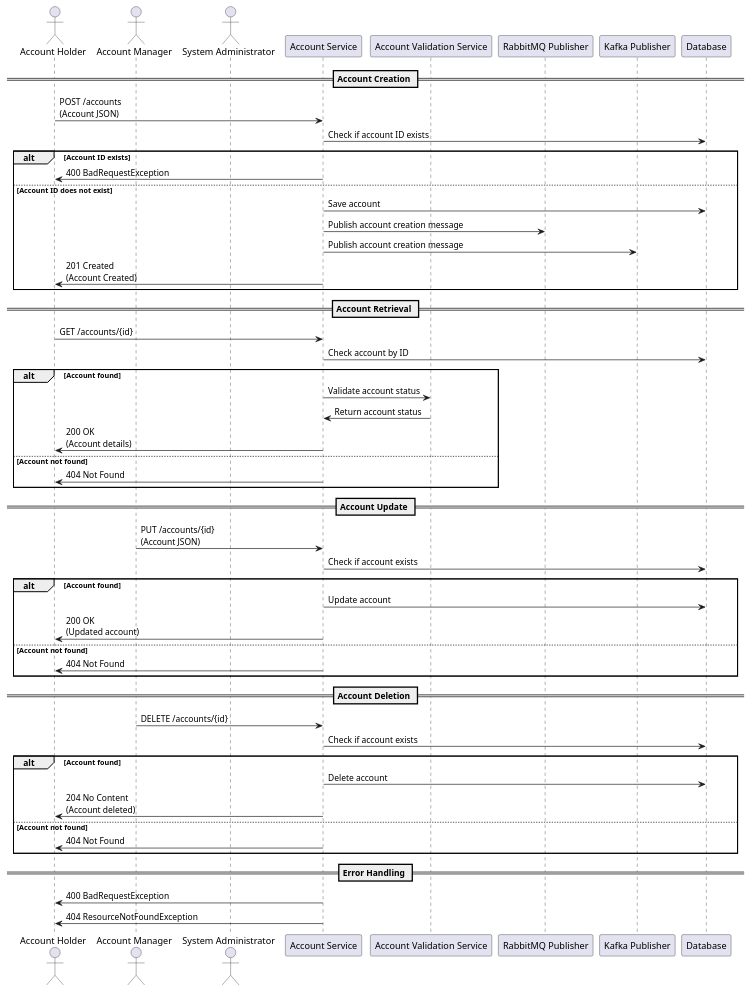
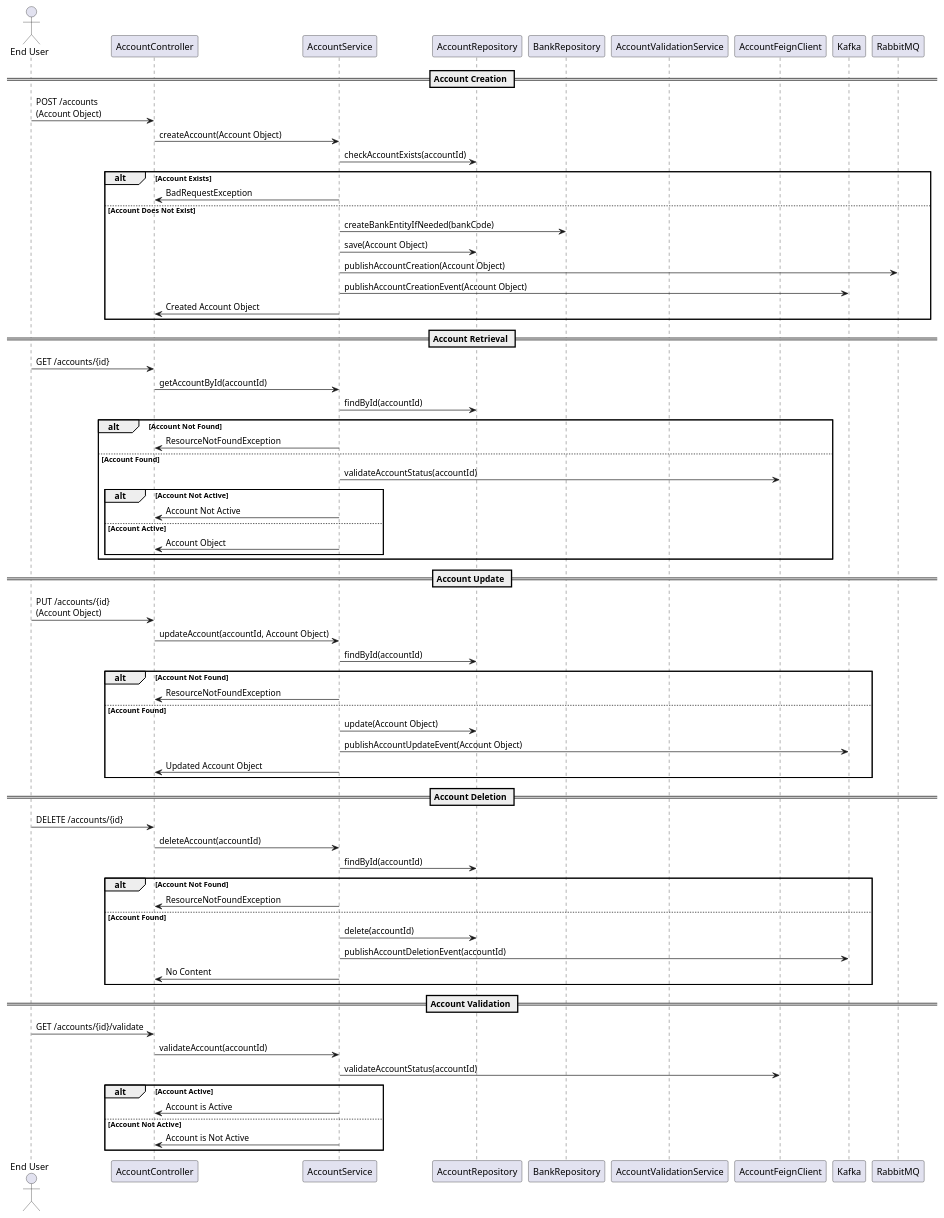
Before and after one commit to Bhaskar-Pavan/AccountService: the diagram in GeneratedDesignDocument/AccountService_Final.md, drawn with PlantUML. The commit also changed other lines of this file, not shown here.

````diff
--- a/GeneratedDesignDocument/AccountService_Final.md
+++ b/GeneratedDesignDocument/AccountService_Final.md
@@ -39,60 +38,77 @@
 ```plantuml
 @startuml
-actor "Account Holder" as AH
-actor "Account Manager" as AM
-actor "System Administrator" as SA
-participant "Account Service" as AS
-participant "Account Validation Service" as AVS
-participant "RabbitMQ Publisher" as RMQ
-participant "Kafka Publisher" as KAFKA
-participant "Database" as DB
+actor "End User" as User
+participant "AccountController" as Controller
+participant "AccountService" as Service
+participant "AccountRepository" as AccountRepo
+participant "BankRepository" as BankRepo
+participant "AccountValidationService" as ValidationService
+participant "AccountFeignClient" as FeignClient
+participant "Kafka" as KafkaPub
+participant "RabbitMQ" as RabbitMQPub
 
 == Account Creation ==
-AH -> AS : POST /accounts\n(Account JSON)
-AS -> DB : Check if account ID exists
-alt Account ID exists
-    AS -> AH : 400 BadRequestException
-else Account ID does not exist
-    AS -> DB : Save account
-    AS -> RMQ : Publish account creation message
-    AS -> KAFKA : Publish account creation message
-    AS -> AH : 201 Created\n(Account Created)
+User -> Controller : POST /accounts\n(Account Object)
+Controller -> Service : createAccount(Account Object)
+Service -> AccountRepo : checkAccountExists(accountId)
+alt Account Exists
+    Service -> Controller : BadRequestException
+else Account Does Not Exist
+    Service -> BankRepo : createBankEntityIfNeeded(bankCode)
+    Service -> AccountRepo : save(Account Object)
+    Service -> RabbitMQPub : publishAccountCreation(Account Object)
+    Service -> KafkaPub : publishAccountCreationEvent(Account Object)
+    Service -> Controller : Created Account Object
 end
 
 == Account Retrieval ==
-AH -> AS : GET /accounts/{id}
-AS -> DB : Check account by ID
-alt Account found
-    AS -> AVS : Validate account status
-    AVS -> AS : Return account status
-    AS -> AH : 200 OK\n(Account details)
-else Account not found
-    AS -> AH : 404 Not Found
+User -> Controller : GET /accounts/{id}
+Controller -> Service : getAccountById(accountId)
+Service -> AccountRepo : findById(accountId)
+alt Account Not Found
+    Service -> Controller : ResourceNotFoundException
+else Account Found
+    Service -> FeignClient : validateAccountStatus(accountId)
+    alt Account Not Active
+        Service -> Controller : Account Not Active
+    else Account Active
+        Service -> Controller : Account Object
+    end
 end
 
 == Account Update ==
-AM -> AS : PUT /accounts/{id}\n(Account JSON)
-AS -> DB : Check if account exists
-alt Account found
-    AS -> DB : Update account
-    AS -> AH : 200 OK\n(Updated account)
-else Account not found
-    AS -> AH : 404 Not Found
+User -> Controller : PUT /accounts/{id}\n(Account Object)
+Controller -> Service : updateAccount(accountId, Account Object)
+Service -> AccountRepo : findById(accountId)
+alt Account Not Found
+    Service -> Controller : ResourceNotFoundException
+else Account Found
+    Service -> AccountRepo : update(Account Object)
+    Service -> KafkaPub : publishAccountUpdateEvent(Account Object)
+    Service -> Controller : Updated Account Object
 end
 
 == Account Deletion ==
-AM -> AS : DELETE /accounts/{id}
-AS -> DB : Check if account exists
-alt Account found
-    AS -> DB : Delete account
-    AS -> AH : 204 No Content\n(Account deleted)
-else Account not found
-    AS -> AH : 404 Not Found
+User -> Controller : DELETE /accounts/{id}
+Controller -> Service : deleteAccount(accountId)
+Service -> AccountRepo : findById(accountId)
+alt Account Not Found
+    Service -> Controller : ResourceNotFoundException
+else Account Found
+    Service -> AccountRepo : delete(accountId)
+    Service -> KafkaPub : publishAccountDeletionEvent(accountId)
+    Service -> Controller : No Content
 end
 
-== Error Handling ==
-AS -> AH : 400 BadRequestException
-AS -> AH : 404 ResourceNotFoundException
+== Account Validation ==
+User -> Controller : GET /accounts/{id}/validate
+Controller -> Service : validateAccount(accountId)
+Service -> FeignClient : validateAccountStatus(accountId)
+alt Account Active
+    Service -> Controller : Account is Active
+else Account Not Active
+    Service -> Controller : Account is Not Active
+end
 
 @enduml
 ```
````
